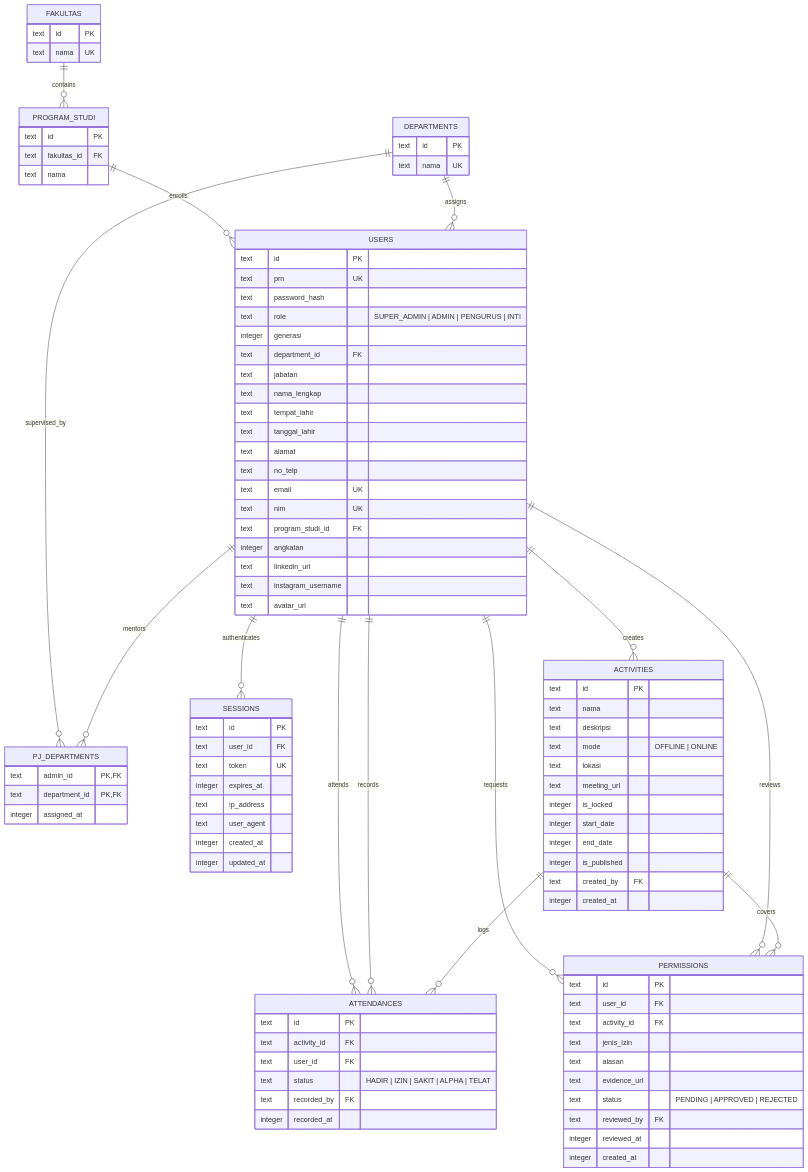
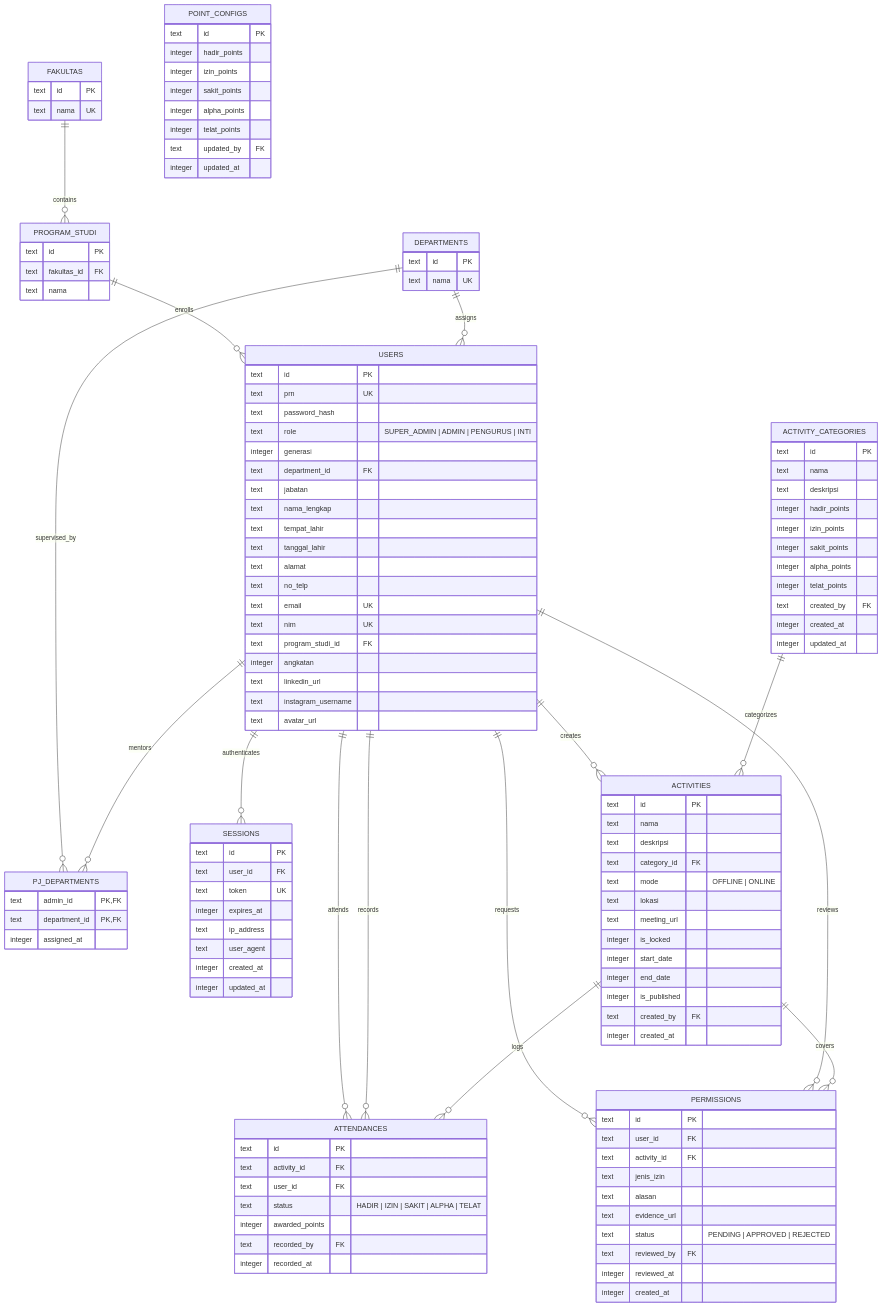
One commit to PERISAI-UMI/PSDM_Portal changed the second of 2 diagrams in PROJECT_INTELLIGENCE_REPORT.md. Above: the diagram before and after it, drawn with Mermaid. The commit also changed other lines of this file and 3 other files, not shown here.

````diff
--- a/PROJECT_INTELLIGENCE_REPORT.md
+++ b/PROJECT_INTELLIGENCE_REPORT.md
@@ -549,6 +587,7 @@
     USERS ||--o{ PERMISSIONS : requests
     USERS ||--o{ ATTENDANCES : records
     USERS ||--o{ PERMISSIONS : reviews
+    ACTIVITY_CATEGORIES ||--o{ ACTIVITIES : categorizes
     ACTIVITIES ||--o{ ATTENDANCES : logs
     ACTIVITIES ||--o{ PERMISSIONS : covers
 
@@ -607,10 +646,25 @@
         integer assigned_at
     }
 
+    ACTIVITY_CATEGORIES {
+        text id PK
+        text nama
+        text deskripsi
+        integer hadir_points
+        integer izin_points
+        integer sakit_points
+        integer alpha_points
+        integer telat_points
+        text created_by FK
+        integer created_at
+        integer updated_at
+    }
+
     ACTIVITIES {
         text id PK
         text nama
         text deskripsi
+        text category_id FK
         text mode "OFFLINE | ONLINE"
         text lokasi
         text meeting_url
@@ -627,6 +681,7 @@
         text activity_id FK
         text user_id FK
         text status "HADIR | IZIN | SAKIT | ALPHA | TELAT"
+        integer awarded_points
         text recorded_by FK
         integer recorded_at
     }
@@ -643,4 +698,15 @@
         integer reviewed_at
         integer created_at
     }
+
+    POINT_CONFIGS {
+        text id PK
+        integer hadir_points
+        integer izin_points
+        integer sakit_points
+        integer alpha_points
+        integer telat_points
+        text updated_by FK
+        integer updated_at
+    }
 ```
````
